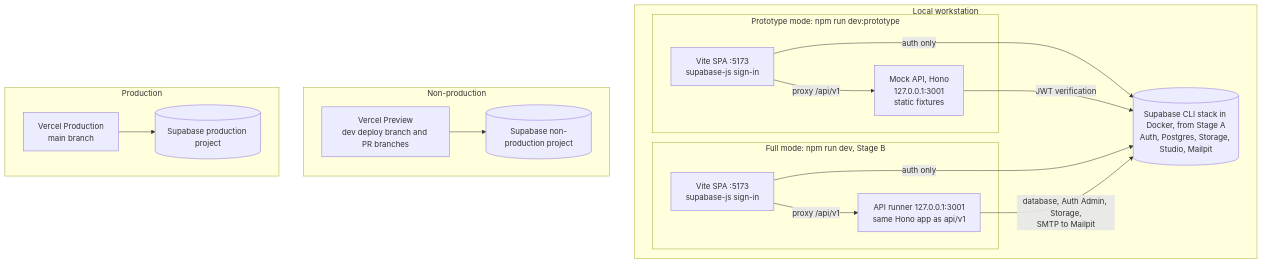
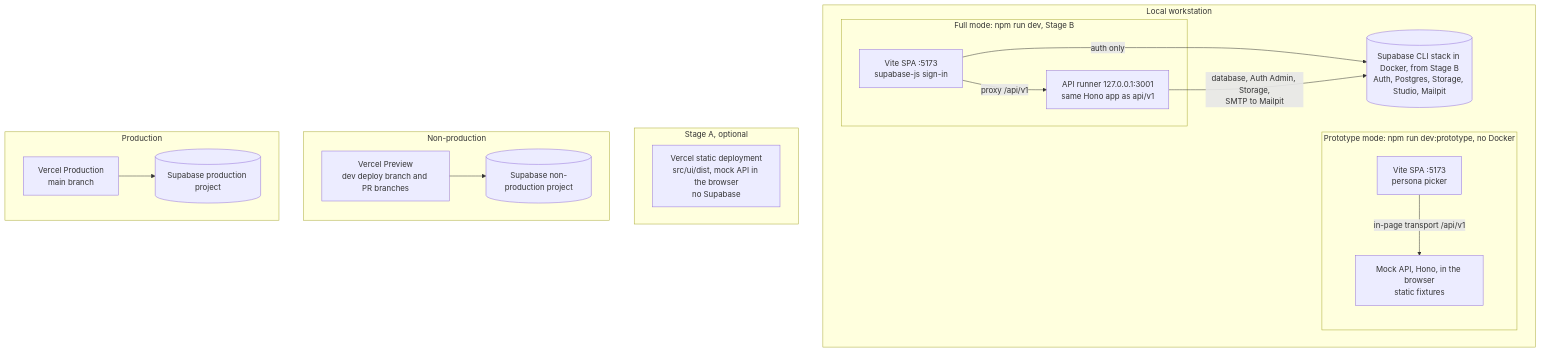
The first of 6 diagrams in docs/technical/10-deployment-environments.md (wemaketools/tenderiq), drawn with Mermaid before and after one commit. The commit also changed other lines of this file and 157 other files, not shown here.

````diff
--- a/docs/technical/10-deployment-environments.md
+++ b/docs/technical/10-deployment-environments.md
@@ -74,22 +75,23 @@
 ```mermaid
 flowchart TB
   subgraph localws["Local workstation"]
-    stack[("Supabase CLI stack in Docker, from Stage A<br/>Auth, Postgres, Storage, Studio, Mailpit")]
-    subgraph protoA["Prototype mode: npm run dev:prototype"]
-      viteA["Vite SPA :5173<br/>supabase-js sign-in"] -->|"proxy /api/v1"| mockapi["Mock API, Hono<br/>127.0.0.1:3001<br/>static fixtures"]
+    stack[("Supabase CLI stack in Docker, from Stage B<br/>Auth, Postgres, Storage, Studio, Mailpit")]
+    subgraph protoA["Prototype mode: npm run dev:prototype, no Docker"]
+      viteA["Vite SPA :5173<br/>persona picker"] -->|"in-page transport /api/v1"| mockapi["Mock API, Hono, in the browser<br/>static fixtures"]
     end
     subgraph fullB["Full mode: npm run dev, Stage B"]
       viteB["Vite SPA :5173<br/>supabase-js sign-in"] -->|"proxy /api/v1"| runner["API runner 127.0.0.1:3001<br/>same Hono app as api/v1"]
     end
-    viteA -->|"auth only"| stack
-    mockapi -->|"JWT verification"| stack
     viteB -->|"auth only"| stack
     runner -->|"database, Auth Admin, Storage,<br/>SMTP to Mailpit"| stack
+  end
+  subgraph protoHosted["Stage A, optional"]
+    vstatic["Vercel static deployment<br/>src/ui/dist, mock API in the browser<br/>no Supabase"]
   end
   subgraph nonprod["Non-production"]
     vprev["Vercel Preview<br/>dev deploy branch and PR branches"] --> sbdev[("Supabase non-production project")]
   end
   subgraph prodenv["Production"]
     vprod["Vercel Production<br/>main branch"] --> sbprod[("Supabase production project")]
   end
 ```
````
